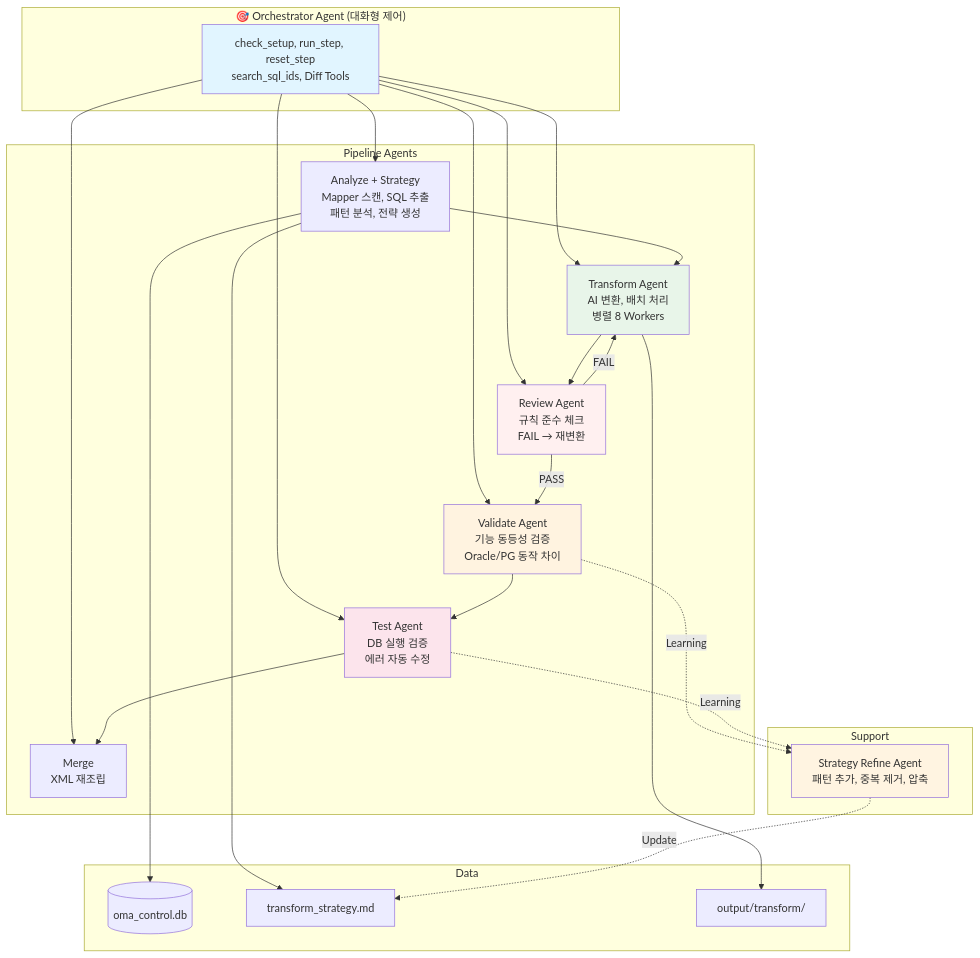
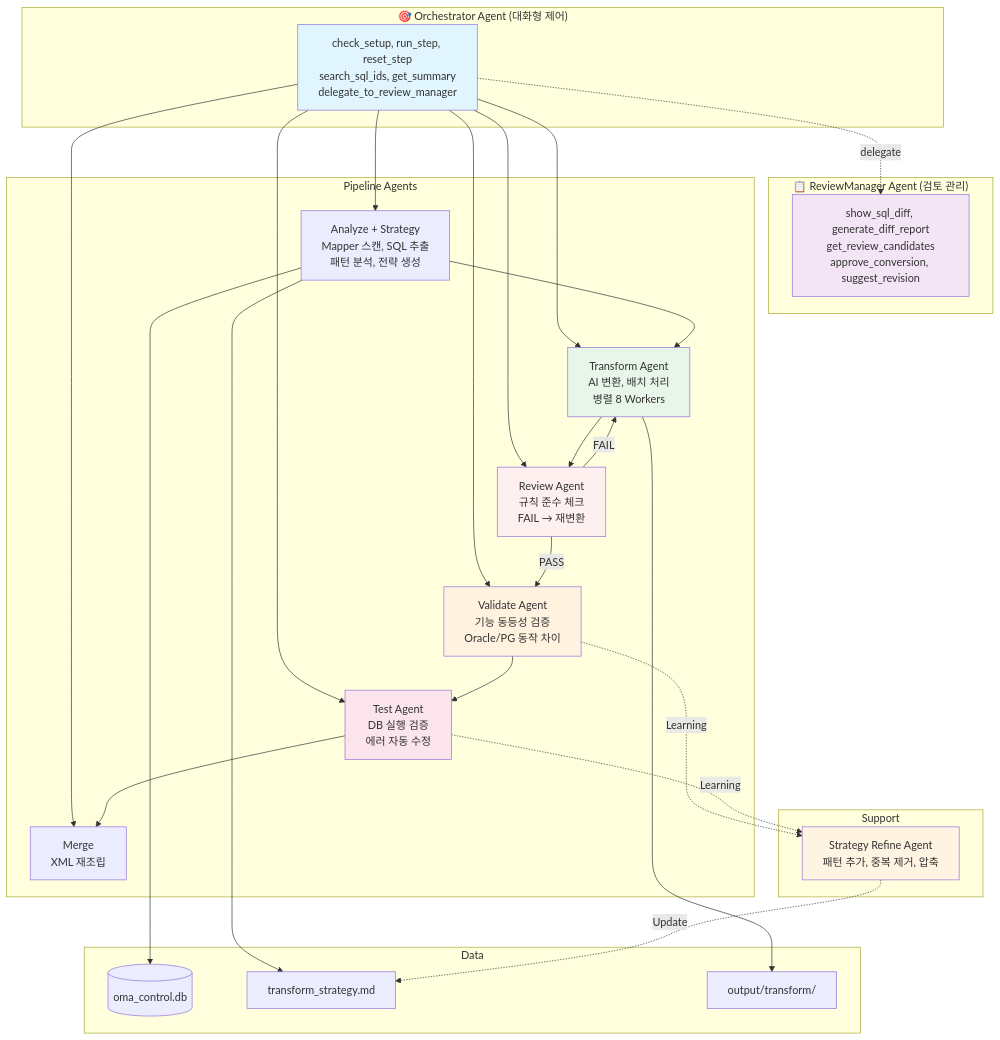
Before and after one commit to aws-samples/sample-oracle-modernization-agent: the diagram in docs/SYSTEM_DOCUMENTATION.md, drawn with Mermaid. The commit also changed other lines of this file and 6 other files, not shown here.

````diff
--- a/docs/SYSTEM_DOCUMENTATION.md
+++ b/docs/SYSTEM_DOCUMENTATION.md
@@ -42,47 +42,53 @@
 ```mermaid
 graph TB
     subgraph Orchestrator["🎯 Orchestrator Agent (대화형 제어)"]
-        ORC[check_setup, run_step, reset_step<br/>search_sql_ids, Diff Tools]
+        ORC[check_setup, run_step, reset_step<br/>search_sql_ids, get_summary<br/>delegate_to_review_manager]
+    end
+
+    subgraph ReviewMgr["📋 ReviewManager Agent (검토 관리)"]
+        RVM[show_sql_diff, generate_diff_report<br/>get_review_candidates<br/>approve_conversion, suggest_revision]
     end
 
     subgraph Pipeline["Pipeline Agents"]
         ANA[Analyze + Strategy<br/>Mapper 스캔, SQL 추출<br/>패턴 분석, 전략 생성]
         TRF[Transform Agent<br/>AI 변환, 배치 처리<br/>병렬 8 Workers]
         REV[Review Agent<br/>규칙 준수 체크<br/>FAIL → 재변환]
         VAL[Validate Agent<br/>기능 동등성 검증<br/>Oracle/PG 동작 차이]
         TST[Test Agent<br/>DB 실행 검증<br/>에러 자동 수정]
         MRG[Merge<br/>XML 재조립]
     end
 
     subgraph Support["Support"]
         SRF[Strategy Refine Agent<br/>패턴 추가, 중복 제거, 압축]
     end
 
     subgraph Storage["Data"]
         DB1[(oma_control.db)]
         STG[transform_strategy.md]
         OUT[output/transform/]
     end
 
     ORC --> ANA & TRF & REV & VAL & TST & MRG
+    ORC -.->|delegate| RVM
 
     ANA --> TRF
     TRF --> REV
     REV -->|FAIL| TRF
     REV -->|PASS| VAL
     VAL --> TST
     TST --> MRG
 
     ANA --> DB1 & STG
     TRF --> OUT
     VAL -.->|Learning| SRF
     TST -.->|Learning| SRF
     SRF -.->|Update| STG
 
     style ORC fill:#e1f5ff
+    style RVM fill:#f3e5f5
     style REV fill:#fff0f0
     style TRF fill:#e8f5e9
     style VAL fill:#fff3e0
     style TST fill:#fce4ec
     style SRF fill:#fff4e1
 ```
````
